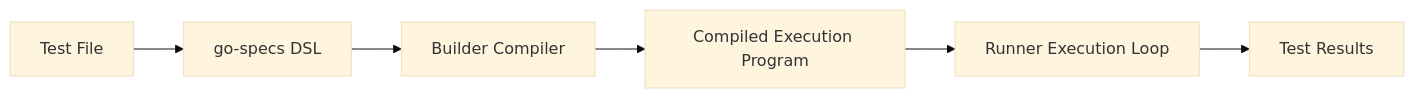
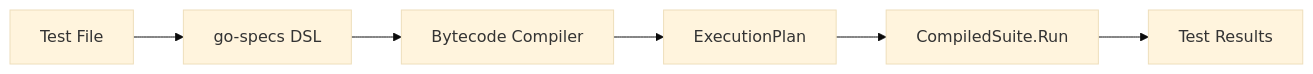
The second of 7 diagrams in docs/ARCHITECTURE.md (getsyntegrity/go-specs), drawn with Mermaid (base theme) before and after one commit. The commit also changed other lines of this file and 300 other files, not shown here.

````diff
--- a/docs/ARCHITECTURE.md
+++ b/docs/ARCHITECTURE.md
@@ -36,8 +42,8 @@
 ```mermaid
 flowchart LR
     UserTest[Test File] --> DSL[go-specs DSL]
-    DSL --> Builder[Builder Compiler]
-    Builder --> Program[Compiled Execution Program]
-    Program --> Runner[Runner Execution Loop]
-    Runner --> Results[Test Results]
+    DSL --> Compiler[Bytecode Compiler]
+    Compiler --> Plan[ExecutionPlan]
+    Plan --> Suite[CompiledSuite.Run]
+    Suite --> Results[Test Results]
 ```
````
